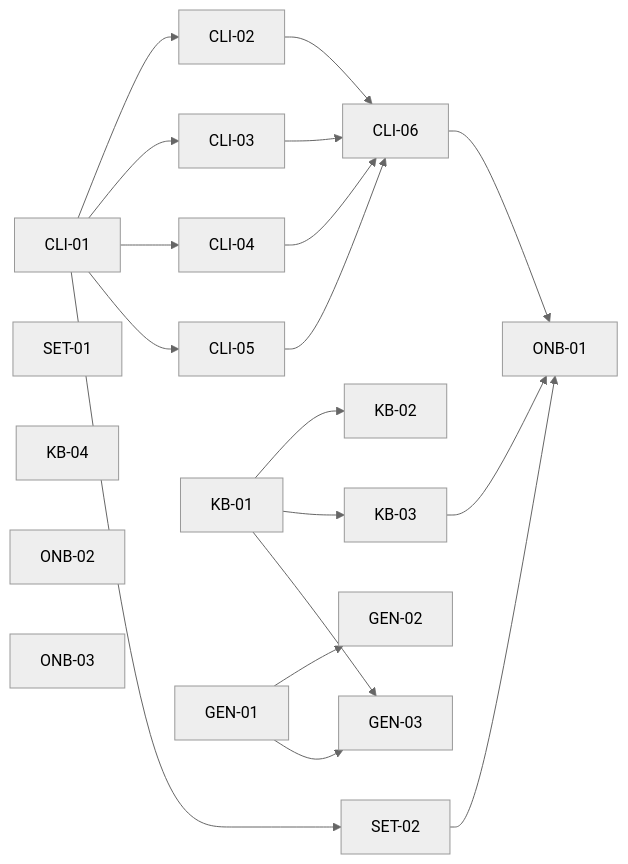
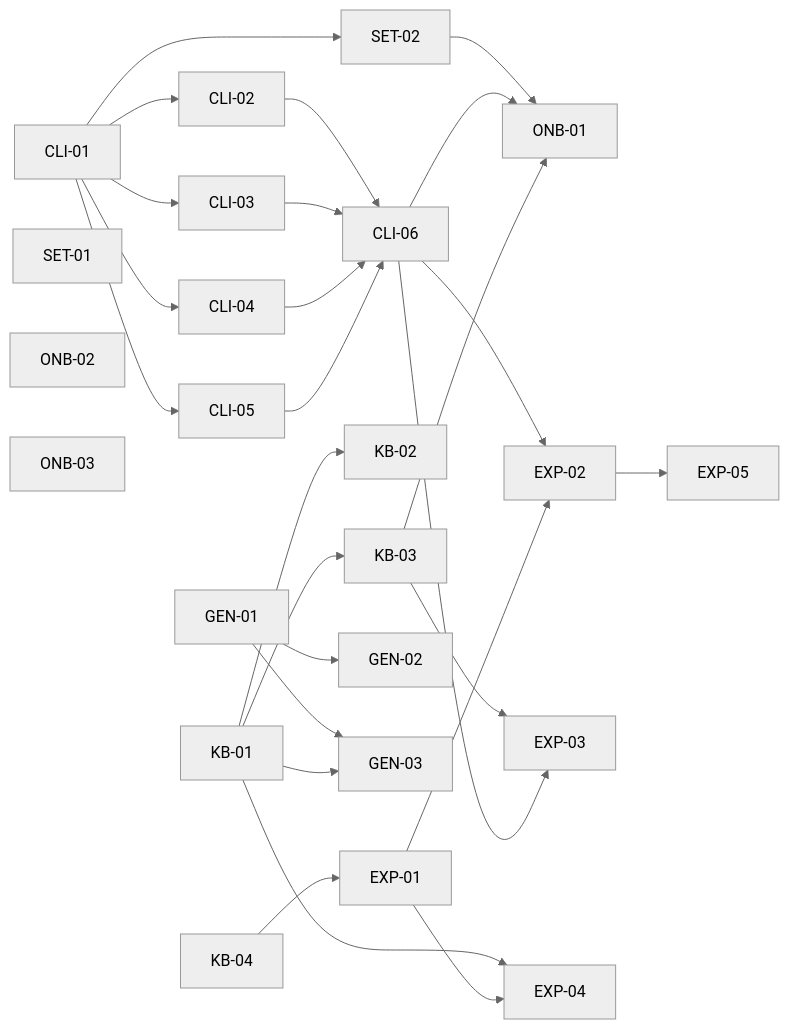
Before and after one commit to tombalabomba/rare-disease-compass: the diagram in backlog/PLAN.md, drawn with Mermaid. The commit also changed other lines of this file and 5 other files, not shown here.

````diff
--- a/backlog/PLAN.md
+++ b/backlog/PLAN.md
@@ -61,25 +67,33 @@
 ```mermaid
 %%{init: {'theme': 'neutral'}}%%
 flowchart LR
   CLI01[CLI-01] --> CLI02[CLI-02]
   CLI01 --> CLI03[CLI-03]
   CLI01 --> CLI04[CLI-04]
   CLI01 --> CLI05[CLI-05]
   CLI02 --> CLI06[CLI-06]
   CLI03 --> CLI06
   CLI04 --> CLI06
   CLI05 --> CLI06
   CLI01 --> SET02[SET-02]
   SET01[SET-01]
   KB01[KB-01] --> KB02[KB-02]
   KB01 --> KB03[KB-03]
   KB04[KB-04]
   GEN01[GEN-01] --> GEN02[GEN-02]
   GEN01 --> GEN03[GEN-03]
   KB01 --> GEN03
   SET02 --> ONB01[ONB-01]
   CLI06 --> ONB01
   KB03 --> ONB01
   ONB02[ONB-02]
   ONB03[ONB-03]
+  KB04 --> EXP01[EXP-01]
+  CLI06 --> EXP02[EXP-02]
+  EXP01 --> EXP02
+  KB03 --> EXP03[EXP-03]
+  CLI06 --> EXP03
+  KB01 --> EXP04[EXP-04]
+  EXP01 --> EXP04
+  EXP02 --> EXP05[EXP-05]
 ```
````
